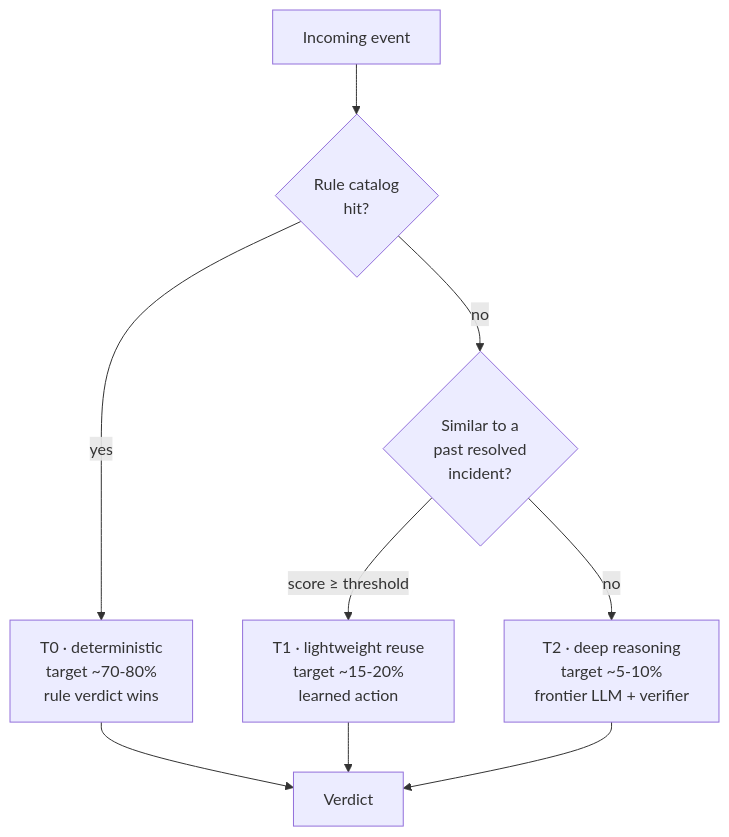
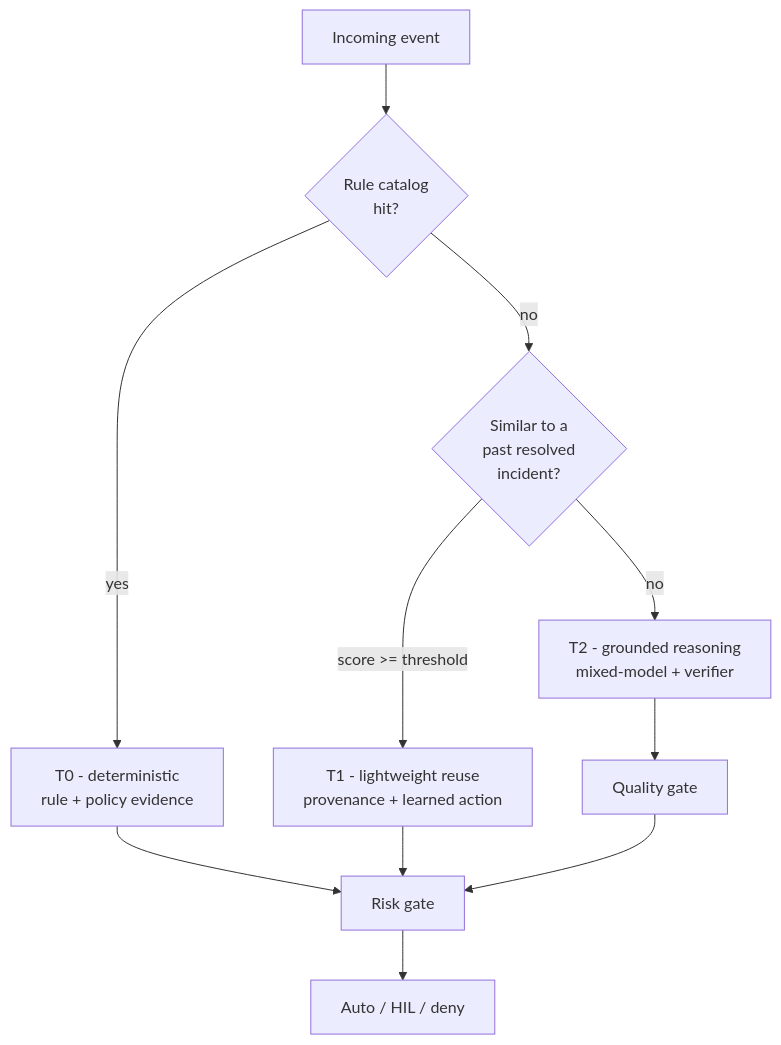
The diagram in docs/user-guide/concepts/deterministic-first.md (dotnetpower/azurewatcher), drawn with Mermaid before and after one commit. The commit also changed other lines of this file and 21 other files, not shown here.

````diff
--- a/docs/user-guide/concepts/deterministic-first.md
+++ b/docs/user-guide/concepts/deterministic-first.md
@@ -33,12 +37,14 @@
 ```mermaid
 flowchart TB
   E[Incoming event]
   E --> R{Rule catalog<br/>hit?}
-  R -->|yes| T0[T0 · deterministic<br/>target ~70-80%<br/>rule verdict wins]
+  R -->|yes| T0[T0 - deterministic<br/>rule + policy evidence]
   R -->|no| S{Similar to a<br/>past resolved<br/>incident?}
-  S -->|score ≥ threshold| T1[T1 · lightweight reuse<br/>target ~15-20%<br/>learned action]
-  S -->|no| T2[T2 · deep reasoning<br/>target ~5-10%<br/>frontier LLM + verifier]
-  T0 --> V[Verdict]
-  T1 --> V
-  T2 --> V
+  S -->|score >= threshold| T1[T1 - lightweight reuse<br/>provenance + learned action]
+  S -->|no| T2[T2 - grounded reasoning<br/>mixed-model + verifier]
+  T0 --> G[Risk gate]
+  T1 --> G
+  T2 --> Q[Quality gate]
+  Q --> G
+  G --> V[Auto / HIL / deny]
 ```
````
